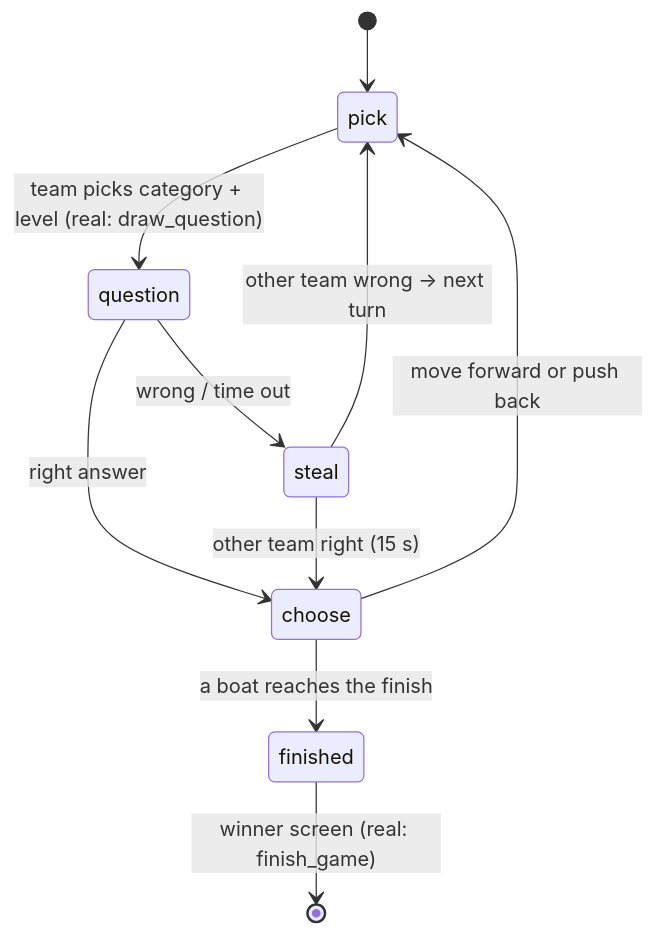
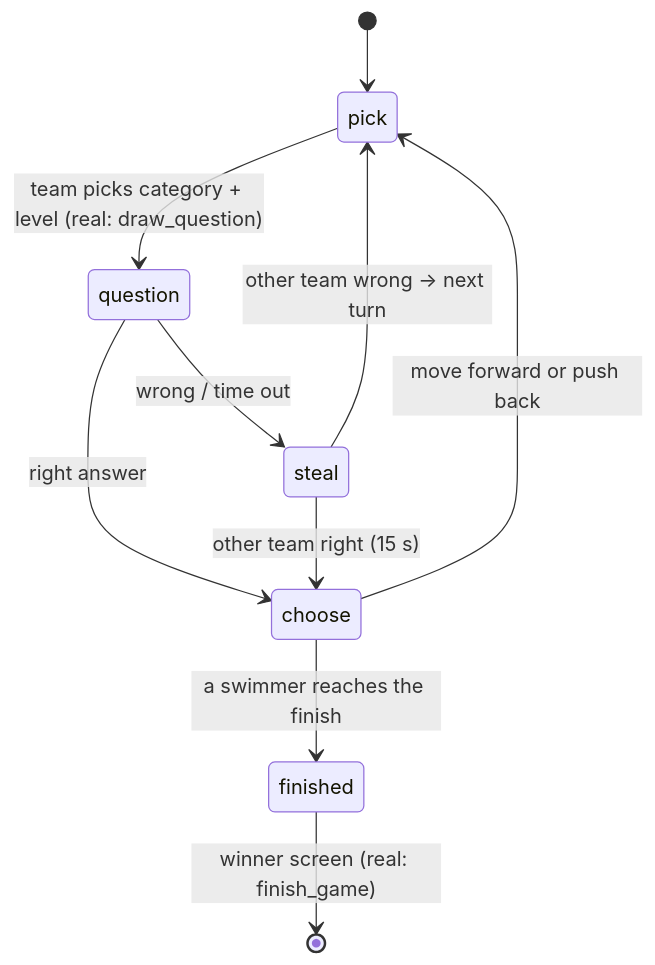
Before and after one commit to aliabbas83/Capstone: the fourth of 4 diagrams in docs/ARCHITECTURE.md, drawn with Mermaid. The commit also changed other lines of this file and 17 other files, not shown here.

````diff
--- a/docs/ARCHITECTURE.md
+++ b/docs/ARCHITECTURE.md
@@ -166,12 +166,12 @@
 ```mermaid
 stateDiagram-v2
   [*] --> pick
   pick --> question: team picks category + level (real: draw_question)
   question --> choose: right answer
   question --> steal: wrong / time out
   steal --> choose: other team right (15 s)
   steal --> pick: other team wrong → next turn
   choose --> pick: move forward or push back
-  choose --> finished: a boat reaches the finish
+  choose --> finished: a swimmer reaches the finish
   finished --> [*]: winner screen (real: finish_game)
 ```
````
